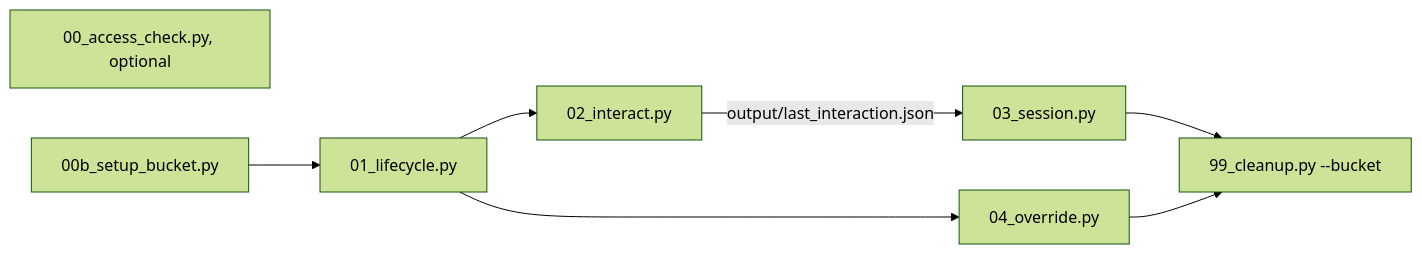
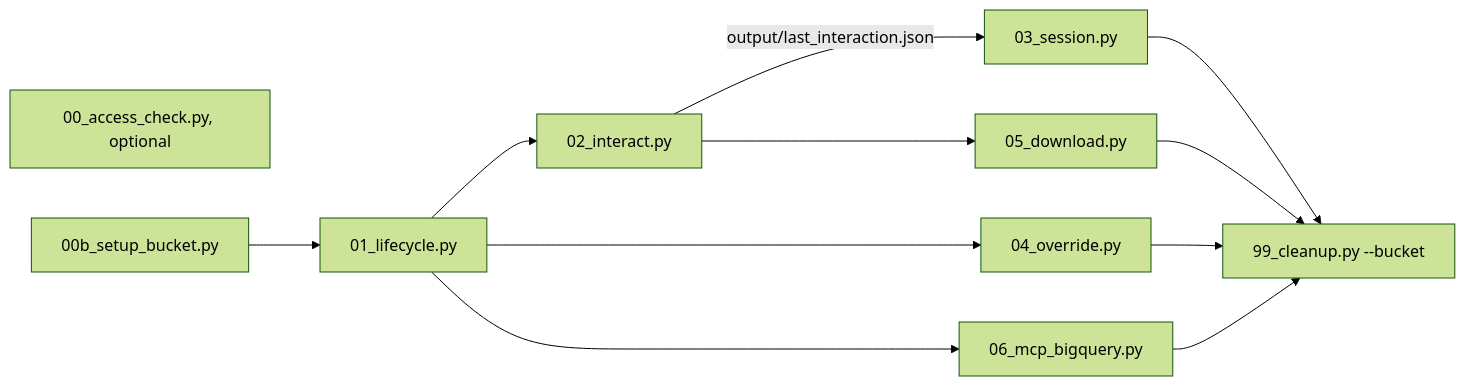
Before and after one commit to tohweizhong/agentic-demos: the sixth of 7 diagrams in managed_agents_api/README.md, drawn with Mermaid (forest theme). The commit also changed other lines of this file and 7 other files, not shown here.

````diff
--- a/managed_agents_api/README.md
+++ b/managed_agents_api/README.md
@@ -144,10 +172,14 @@
 ```mermaid
 flowchart LR
     s0["00_access_check.py, optional"]
     s1["00b_setup_bucket.py"] --> s2["01_lifecycle.py"]
     s2 --> s3["02_interact.py"]
     s3 -->|"output/last_interaction.json"| s4["03_session.py"]
     s2 --> s5["04_override.py"]
+    s3 --> s6["05_download.py"]
+    s2 --> s7["06_mcp_bigquery.py"]
     s4 --> s9["99_cleanup.py --bucket"]
     s5 --> s9
+    s6 --> s9
+    s7 --> s9
 ```
````
